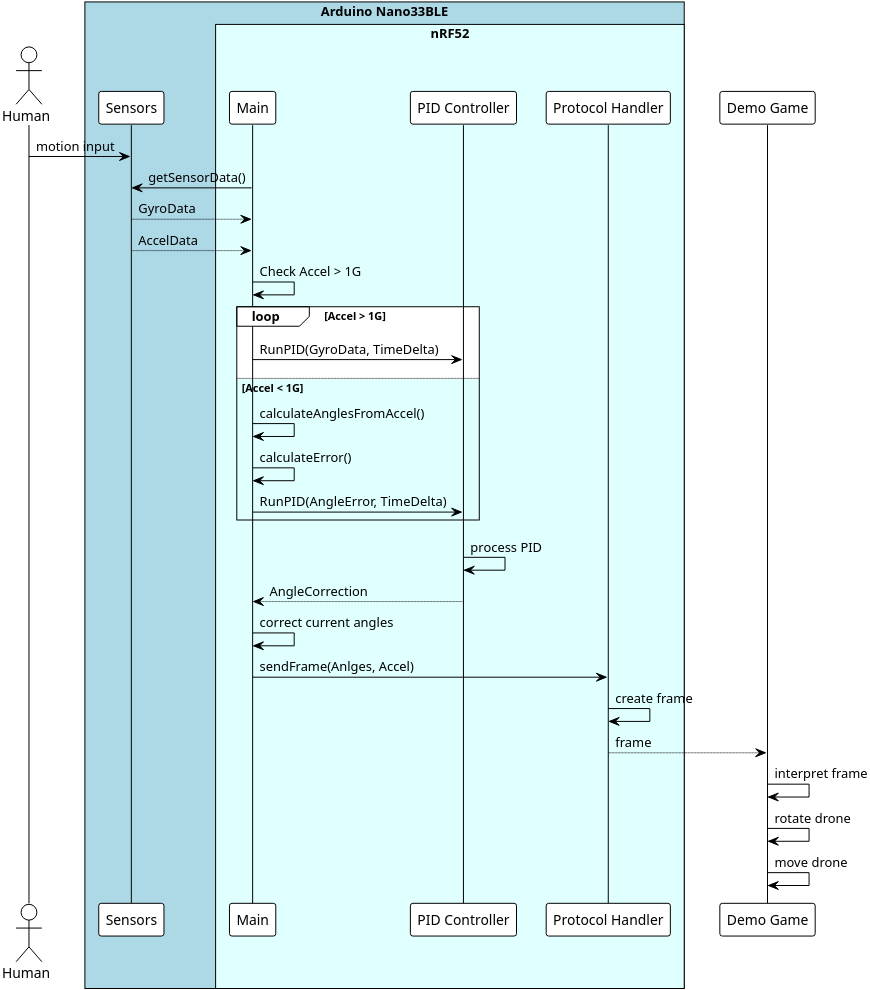
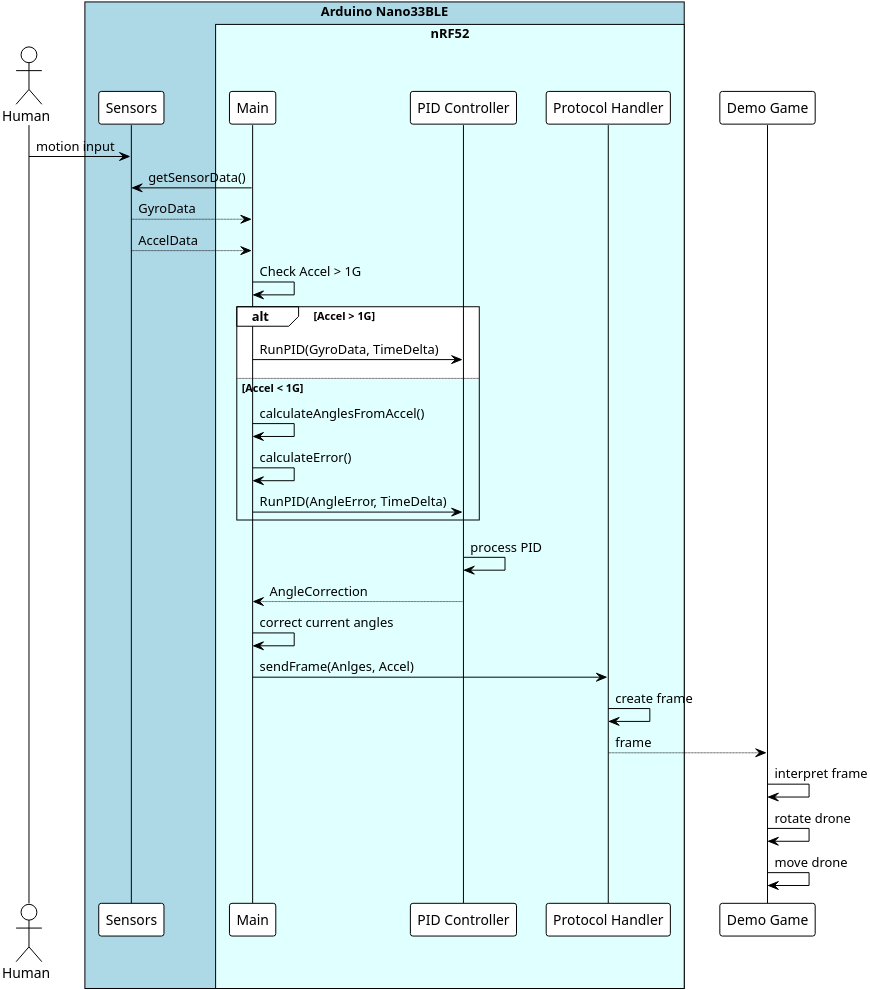
The diagram in docs/content/diagrams/sequence/moveController.wsd (sirtheta/Drohnensteuerung), drawn with PlantUML before and after one commit. The commit also changed 14 other files, not shown here.

```diff
--- a/docs/content/diagrams/sequence/moveController.wsd
+++ b/docs/content/diagrams/sequence/moveController.wsd
@@ -1,43 +1,43 @@
 @startuml
 
 !theme plain
 skinparam dpi 500
 
 !pragma teoz true
 actor       "Human"             as client
 box         "Arduino Nano33BLE" #LightBlue
 participant "Sensors"           as sensors
 box         "nRF52"             #LightCyan
 participant "Main"              as main
 participant "PID Controller"    as pid
 participant "Protocol Handler"  as protocol
 end box
 end box
 participant "Demo Game"         as game
 
 client    ->    sensors:    motion input
 main      ->    sensors:    getSensorData()
 sensors   -->   main:       GyroData
 sensors   -->   main:       AccelData
 main      ->    main:       Check Accel > 1G
 '=============================================
-loop Accel > 1G  
+alt Accel > 1G  
 main      ->    pid:        RunPID(GyroData, TimeDelta)  
 '--------------------------------------------
 else Accel < 1G
 main      ->    main:       calculateAnglesFromAccel()
 main      ->    main:       calculateError()
 main      ->    pid:        RunPID(AngleError, TimeDelta)  
 end
 '============================================
 pid       ->    pid:        process PID
 pid       -->   main:       AngleCorrection
 main      ->    main:       correct current angles
 main      ->    protocol:   sendFrame(Anlges, Accel)
 protocol  ->    protocol:   create frame
 protocol  -->   game:       frame
 game      ->    game:       interpret frame
 game      ->    game:       rotate drone
 game      ->    game:       move drone
 
 @enduml
```
